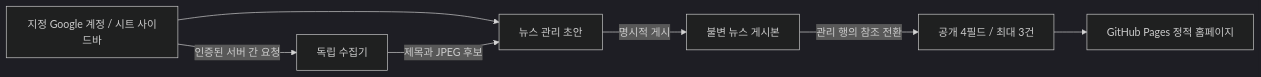
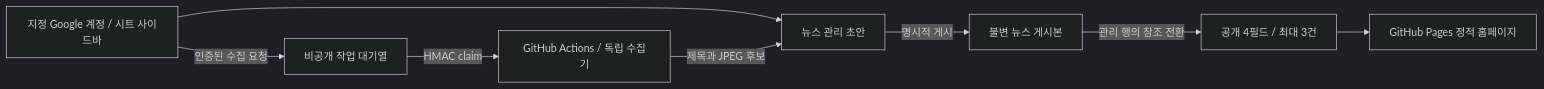
One commit to leekwansootv-creator/4refund changed the diagram in docs/engineering/news-google-sheets.md. Above: the diagram before and after it, drawn with Mermaid (dark theme). The commit also changed other lines of this file and 17 other files, not shown here.

````diff
--- a/docs/engineering/news-google-sheets.md
+++ b/docs/engineering/news-google-sheets.md
@@ -60,9 +60,10 @@
 ```mermaid
 flowchart LR
   A[지정 Google 계정 / 시트 사이드바] --> B[뉴스 관리 초안]
-  A -->|인증된 서버 간 요청| C[독립 수집기]
+  A -->|인증된 수집 요청| Q[비공개 작업 대기열]
+  Q -->|HMAC claim| C[GitHub Actions / 독립 수집기]
   C -->|제목과 JPEG 후보| B
   B -->|명시적 게시| D[불변 뉴스 게시본]
   D -->|관리 행의 참조 전환| E[공개 4필드 / 최대 3건]
   E --> F[GitHub Pages 정적 홈페이지]
 ```
````
